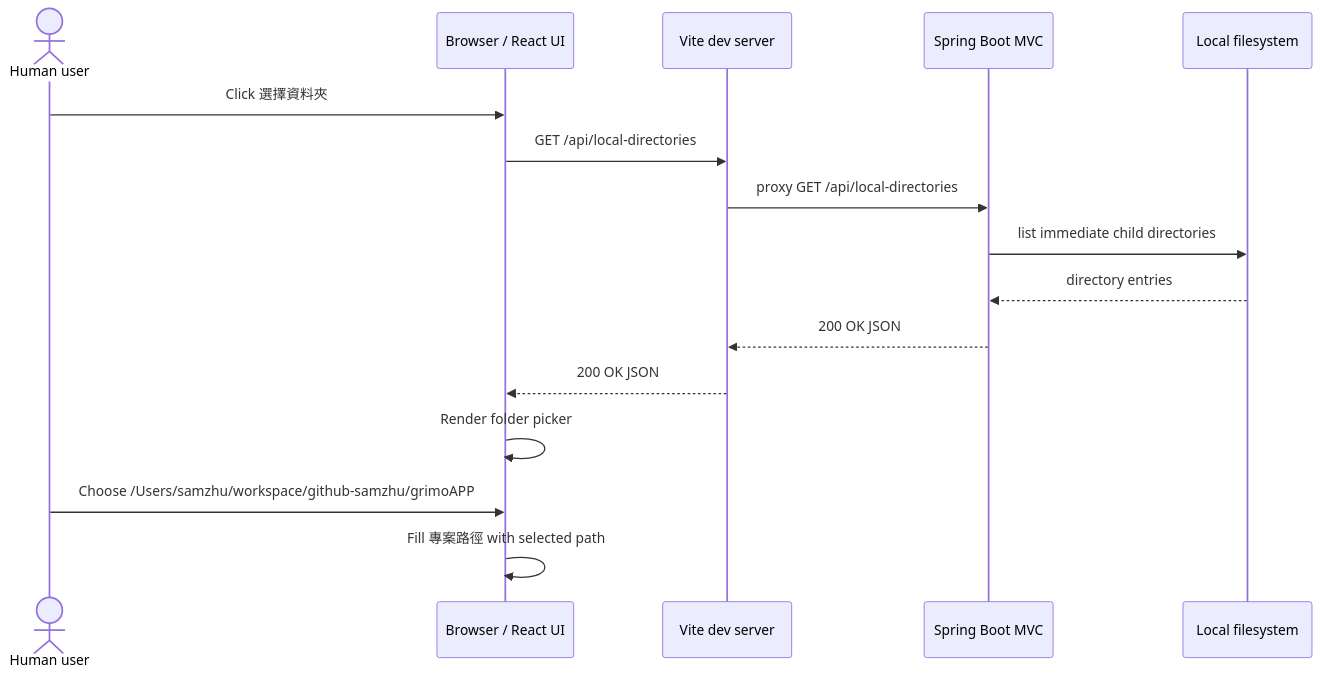
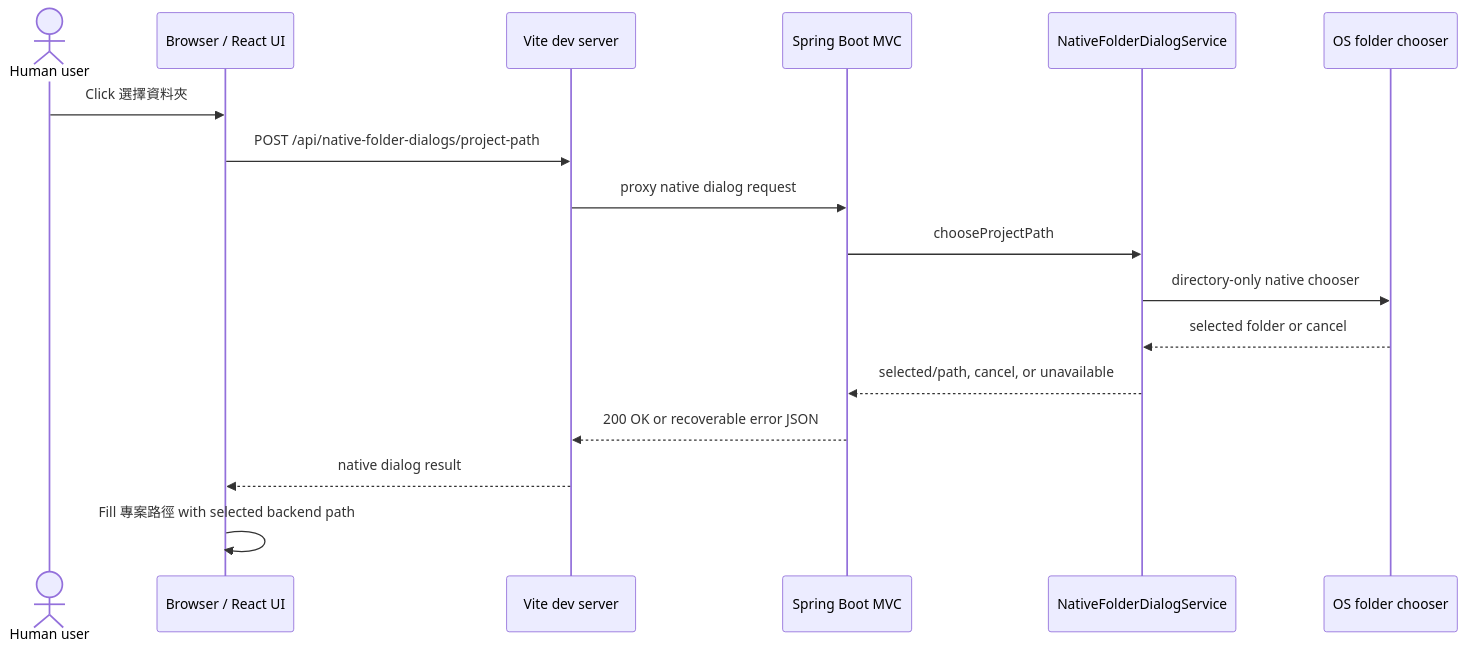
One commit to samzhu/grimoAPP changed the fifth of 6 diagrams in docs/grimo/architecture.md. Above: the diagram before and after it, drawn with Mermaid. The commit also changed other lines of this file and 36 other files, not shown here.

Commit message:
feat(projects): consolidate project path picker work

````diff
--- a/docs/grimo/architecture.md
+++ b/docs/grimo/architecture.md
@@ -140,19 +142,20 @@
 ```mermaid
 sequenceDiagram
   actor User as Human user
   participant Browser as Browser / React UI
   participant Vite as Vite dev server
   participant API as Spring Boot MVC
-  participant FS as Local filesystem
+  participant Bridge as NativeFolderDialogService
+  participant Dialog as OS folder chooser
 
   User->>Browser: Click 選擇資料夾
-  Browser->>Vite: GET /api/local-directories
-  Vite->>API: proxy GET /api/local-directories
-  API->>FS: list immediate child directories
-  FS-->>API: directory entries
-  API-->>Vite: 200 OK JSON
-  Vite-->>Browser: 200 OK JSON
-  Browser->>Browser: Render folder picker
-  User->>Browser: Choose /Users/samzhu/workspace/github-samzhu/grimoAPP
-  Browser->>Browser: Fill 專案路徑 with selected path
+  Browser->>Vite: POST /api/native-folder-dialogs/project-path
+  Vite->>API: proxy native dialog request
+  API->>Bridge: chooseProjectPath
+  Bridge->>Dialog: directory-only native chooser
+  Dialog-->>Bridge: selected folder or cancel
+  Bridge-->>API: selected/path, cancel, or unavailable
+  API-->>Vite: 200 OK or recoverable error JSON
+  Vite-->>Browser: native dialog result
+  Browser->>Browser: Fill 專案路徑 with selected backend path
 ```
````
